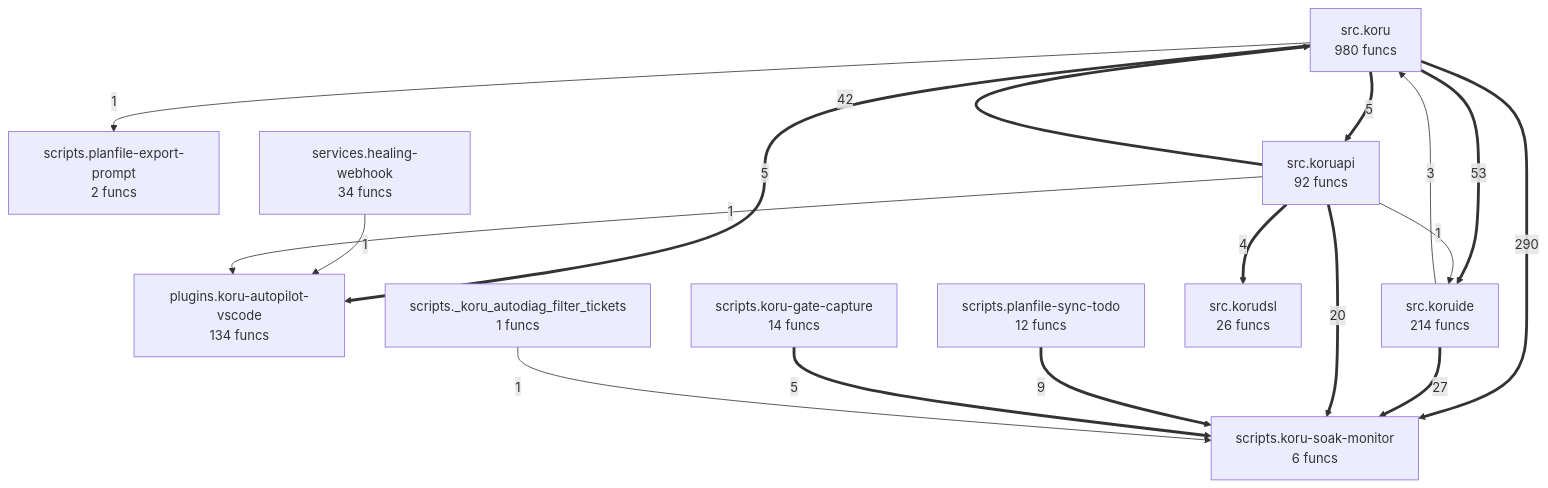
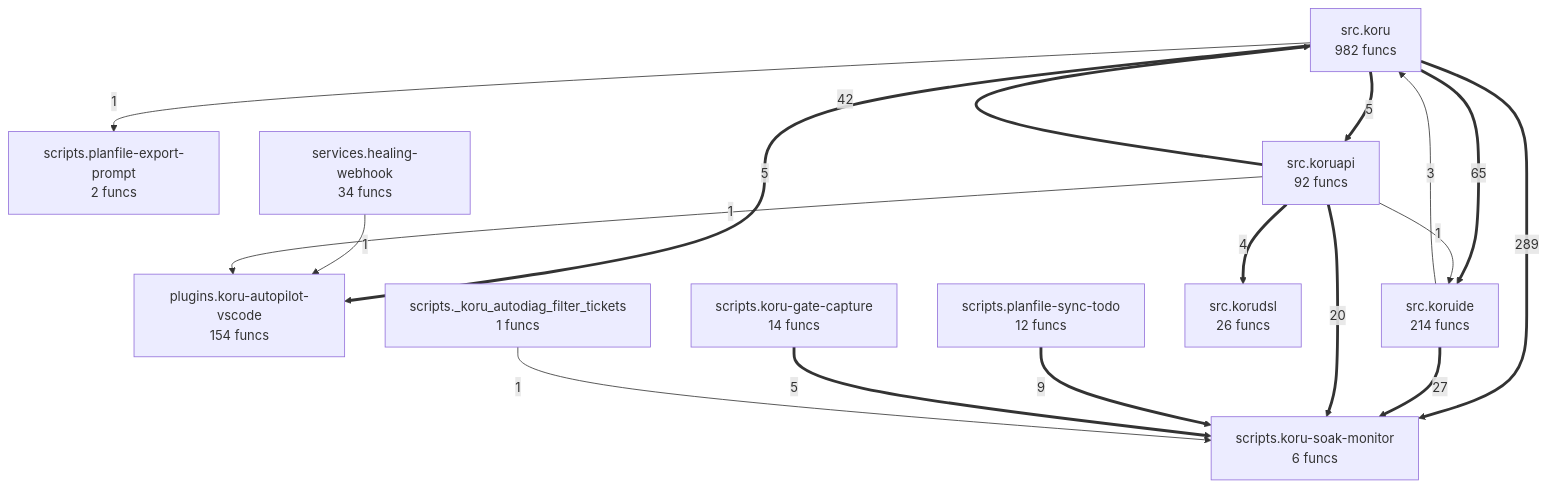
One commit to semcod/koru changed the diagram in project/compact_flow.mmd. Above: the diagram before and after it, drawn with Mermaid. The commit also changed 45 other files, not shown here.

```diff
--- a/project/compact_flow.mmd
+++ b/project/compact_flow.mmd
@@ -1,29 +1,29 @@
 flowchart TD
-%% generated in 0.09s
-    plugins__koru_autopilot_vscode["plugins.koru-autopilot-vscode<br/>134 funcs"]
+%% generated in 0.08s
+    plugins__koru_autopilot_vscode["plugins.koru-autopilot-vscode<br/>154 funcs"]
     scripts___koru_autodiag_filter_tickets["scripts._koru_autodiag_filter_tickets<br/>1 funcs"]
     scripts__koru_gate_capture["scripts.koru-gate-capture<br/>14 funcs"]
     scripts__koru_soak_monitor["scripts.koru-soak-monitor<br/>6 funcs"]
     scripts__planfile_export_prompt["scripts.planfile-export-prompt<br/>2 funcs"]
     scripts__planfile_sync_todo["scripts.planfile-sync-todo<br/>12 funcs"]
     services__healing_webhook["services.healing-webhook<br/>34 funcs"]
-    src__koru["src.koru<br/>980 funcs"]
+    src__koru["src.koru<br/>982 funcs"]
     src__koruapi["src.koruapi<br/>92 funcs"]
     src__korudsl["src.korudsl<br/>26 funcs"]
     src__koruide["src.koruide<br/>214 funcs"]
-    src__koru ==>|290| scripts__koru_soak_monitor
-    src__koru ==>|53| src__koruide
+    src__koru ==>|289| scripts__koru_soak_monitor
+    src__koru ==>|65| src__koruide
     src__koruapi ==>|42| src__koru
     src__koruide ==>|27| scripts__koru_soak_monitor
     src__koruapi ==>|20| scripts__koru_soak_monitor
     scripts__planfile_sync_todo ==>|9| scripts__koru_soak_monitor
     src__koru ==>|5| plugins__koru_autopilot_vscode
     src__koru ==>|5| src__koruapi
     scripts__koru_gate_capture ==>|5| scripts__koru_soak_monitor
     src__koruapi ==>|4| src__korudsl
     src__koruide -->|3| src__koru
     services__healing_webhook -->|1| plugins__koru_autopilot_vscode
     src__koruapi -->|1| plugins__koru_autopilot_vscode
     src__koruapi -->|1| src__koruide
     src__koru -->|1| scripts__planfile_export_prompt
     scripts___koru_autodiag_filter_tickets -->|1| scripts__koru_soak_monitor
```
